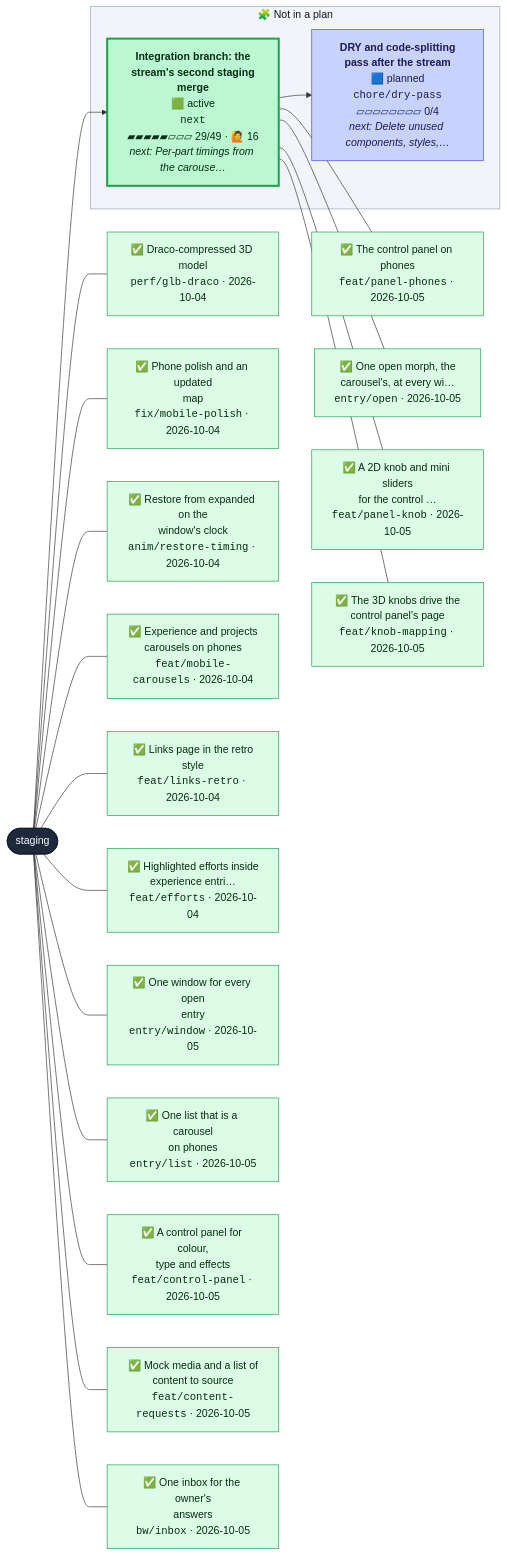
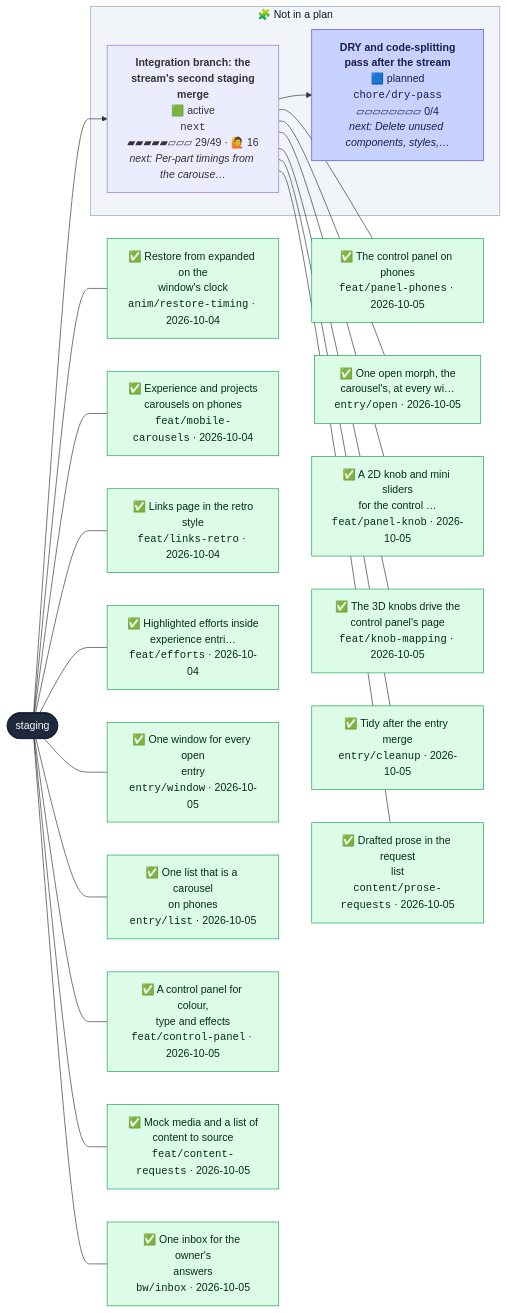
Before and after one commit to henryjonescodes/portfolio: the second of 2 diagrams in CONTRIBUTING.md, drawn with Mermaid. The commit also changed other lines of this file, not shown here.

````diff
--- a/CONTRIBUTING.md
+++ b/CONTRIBUTING.md
@@ -54,68 +54,68 @@
 ```mermaid
 flowchart LR
   n_staging([staging])
   class n_staging trunk
   subgraph loose["🧩 Not in a plan"]
     n_chore_dry_pass["<b>DRY and code-splitting<br/>pass after the stream</b><br/>🟦 planned<br/><code>chore/dry-pass</code><br/>▱▱▱▱▱▱▱▱ 0/4<br/><i>next: Delete unused components, styles,…</i>"]
     class n_chore_dry_pass planned
     n_next["<b>Integration branch: the<br/>stream's second staging<br/>merge</b><br/>🟩 active<br/><code>next</code><br/>▰▰▰▰▰▱▱▱ 29/49 · 🙋 16<br/><i>next: Per-part timings from the carouse…</i>"]
-    class n_next active
+    class n_next active,current
   end
   style loose fill:#f1f5f9,stroke:#94a3b8,color:#0f172a
   n_next --> n_chore_dry_pass
   n_staging --> n_next
-  landed_0["✅ Draco-compressed 3D model<br/><code>perf/glb-draco</code> · 2026-10-04"]
+  landed_0["✅ Restore from expanded on the<br/>window's clock<br/><code>anim/restore-timing</code> · 2026-10-04"]
   class landed_0 merged
   n_staging --- landed_0
-  landed_1["✅ Phone polish and an updated<br/>map<br/><code>fix/mobile-polish</code> · 2026-10-04"]
+  landed_1["✅ Experience and projects<br/>carousels on phones<br/><code>feat/mobile-carousels</code> · 2026-10-04"]
   class landed_1 merged
   n_staging --- landed_1
-  landed_2["✅ Restore from expanded on the<br/>window's clock<br/><code>anim/restore-timing</code> · 2026-10-04"]
+  landed_2["✅ Links page in the retro<br/>style<br/><code>feat/links-retro</code> · 2026-10-04"]
   class landed_2 merged
   n_staging --- landed_2
-  landed_3["✅ Experience and projects<br/>carousels on phones<br/><code>feat/mobile-carousels</code> · 2026-10-04"]
+  landed_3["✅ Highlighted efforts inside<br/>experience entri…<br/><code>feat/efforts</code> · 2026-10-04"]
   class landed_3 merged
   n_staging --- landed_3
-  landed_4["✅ Links page in the retro<br/>style<br/><code>feat/links-retro</code> · 2026-10-04"]
+  landed_4["✅ One window for every open<br/>entry<br/><code>entry/window</code> · 2026-10-05"]
   class landed_4 merged
   n_staging --- landed_4
-  landed_5["✅ Highlighted efforts inside<br/>experience entri…<br/><code>feat/efforts</code> · 2026-10-04"]
+  landed_5["✅ One list that is a carousel<br/>on phones<br/><code>entry/list</code> · 2026-10-05"]
   class landed_5 merged
   n_staging --- landed_5
-  landed_6["✅ One window for every open<br/>entry<br/><code>entry/window</code> · 2026-10-05"]
+  landed_6["✅ A control panel for colour,<br/>type and effects<br/><code>feat/control-panel</code> · 2026-10-05"]
   class landed_6 merged
   n_staging --- landed_6
-  landed_7["✅ One list that is a carousel<br/>on phones<br/><code>entry/list</code> · 2026-10-05"]
+  landed_7["✅ Mock media and a list of<br/>content to source<br/><code>feat/content-requests</code> · 2026-10-05"]
   class landed_7 merged
   n_staging --- landed_7
-  landed_8["✅ A control panel for colour,<br/>type and effects<br/><code>feat/control-panel</code> · 2026-10-05"]
+  landed_8["✅ One inbox for the owner's<br/>answers<br/><code>bw/inbox</code> · 2026-10-05"]
   class landed_8 merged
   n_staging --- landed_8
-  landed_9["✅ Mock media and a list of<br/>content to source<br/><code>feat/content-requests</code> · 2026-10-05"]
+  landed_9["✅ The control panel on phones<br/><code>feat/panel-phones</code> · 2026-10-05"]
   class landed_9 merged
-  n_staging --- landed_9
-  landed_10["✅ One inbox for the owner's<br/>answers<br/><code>bw/inbox</code> · 2026-10-05"]
+  n_next --- landed_9
+  landed_10["✅ One open morph, the<br/>carousel's, at every wi…<br/><code>entry/open</code> · 2026-10-05"]
   class landed_10 merged
-  n_staging --- landed_10
-  landed_11["✅ The control panel on phones<br/><code>feat/panel-phones</code> · 2026-10-05"]
+  n_next --- landed_10
+  landed_11["✅ A 2D knob and mini sliders<br/>for the control …<br/><code>feat/panel-knob</code> · 2026-10-05"]
   class landed_11 merged
   n_next --- landed_11
-  landed_12["✅ One open morph, the<br/>carousel's, at every wi…<br/><code>entry/open</code> · 2026-10-05"]
+  landed_12["✅ The 3D knobs drive the<br/>control panel's page<br/><code>feat/knob-mapping</code> · 2026-10-05"]
   class landed_12 merged
   n_next --- landed_12
-  landed_13["✅ A 2D knob and mini sliders<br/>for the control …<br/><code>feat/panel-knob</code> · 2026-10-05"]
+  landed_13["✅ Tidy after the entry merge<br/><code>entry/cleanup</code> · 2026-10-05"]
   class landed_13 merged
   n_next --- landed_13
-  landed_14["✅ The 3D knobs drive the<br/>control panel's page<br/><code>feat/knob-mapping</code> · 2026-10-05"]
+  landed_14["✅ Drafted prose in the request<br/>list<br/><code>content/prose-requests</code> · 2026-10-05"]
   class landed_14 merged
   n_next --- landed_14
   classDef merged fill:#dcfce7,stroke:#16a34a,color:#052e16
   classDef todo fill:#ffffff,stroke:#94a3b8,stroke-dasharray:2 2,color:#334155
   classDef planned fill:#c7d2fe,stroke:#4f46e5,color:#1e1b4b
   classDef sketched fill:#f8fafc,stroke:#64748b,stroke-dasharray:4 3,color:#334155
   classDef active fill:#bbf7d0,stroke:#16a34a,stroke-width:3px,color:#052e16
   classDef review fill:#fde68a,stroke:#d97706,stroke-width:3px,color:#451a03
   classDef blocked fill:#fecaca,stroke:#dc2626,stroke-width:3px,color:#450a0a
   classDef trunk fill:#1e293b,stroke:#0f172a,color:#f8fafc
   classDef current stroke:#0ea5e9,stroke-width:5px
 ```
````
